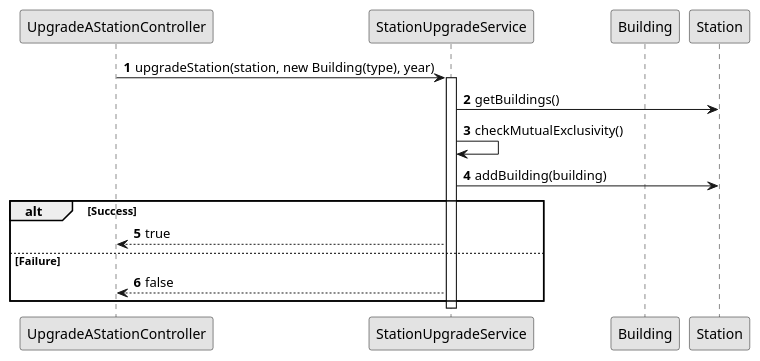
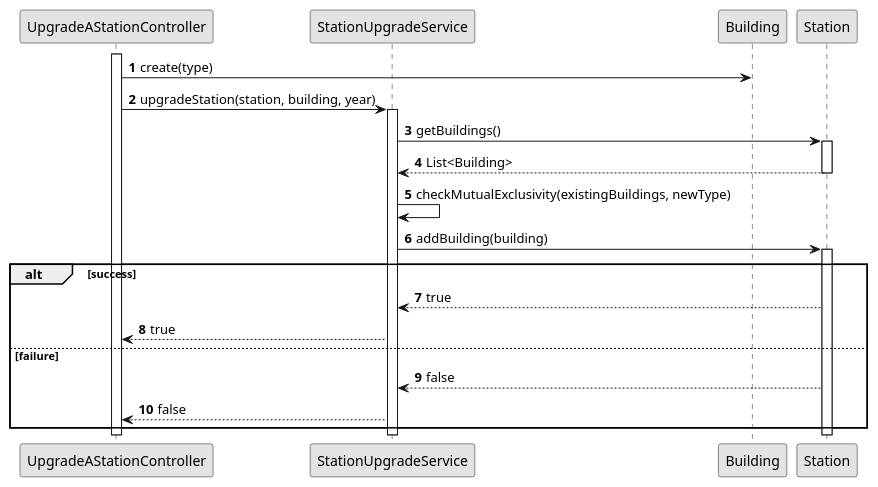
One commit to ivasduarte/all-aboard changed the diagram in docs/sprint2/us006/03.design/puml/us006-sd-partial-upgrade-station.puml. Above: the diagram before and after it, drawn with PlantUML. The commit also changed 18 other files, not shown here.

```diff
--- a/docs/sprint2/us006/03.design/puml/us006-sd-partial-upgrade-station.puml
+++ b/docs/sprint2/us006/03.design/puml/us006-sd-partial-upgrade-station.puml
@@ -1,24 +1,38 @@
 @startuml
 skinparam monochrome true
 autonumber
 
 participant "UpgradeAStationController" as CTRL
 participant "StationUpgradeService" as Service
 participant "Building" as Building
 participant "Station" as Station
 
-CTRL -> Service : upgradeStation(station, new Building(type), year)
+activate CTRL
+
+CTRL -> Building : create(type)
+
+CTRL -> Service : upgradeStation(station, building, year)
 activate Service
 
 Service -> Station : getBuildings()
-Service -> Service : checkMutualExclusivity()
+activate Station
+Station --> Service : List<Building>
+deactivate Station
+
+Service -> Service : checkMutualExclusivity(existingBuildings, newType)
+
 Service -> Station : addBuilding(building)
+activate Station
 
-alt Success
+alt success
+    Station --> Service : true
     Service --> CTRL : true
-else Failure
+else failure
+    Station --> Service : false
     Service --> CTRL : false
 end
 
+deactivate Station
 deactivate Service
+deactivate CTRL
 @enduml
```
